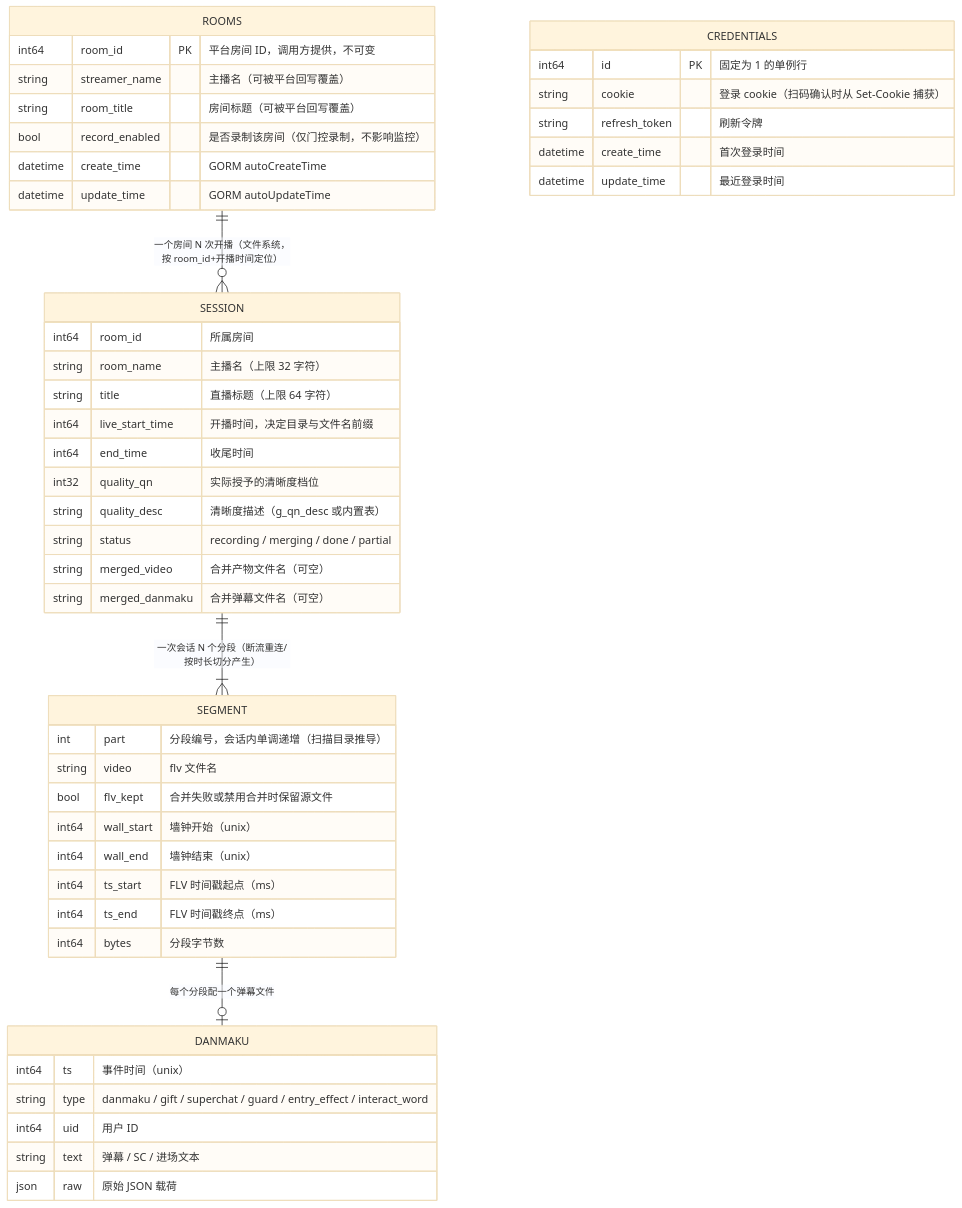
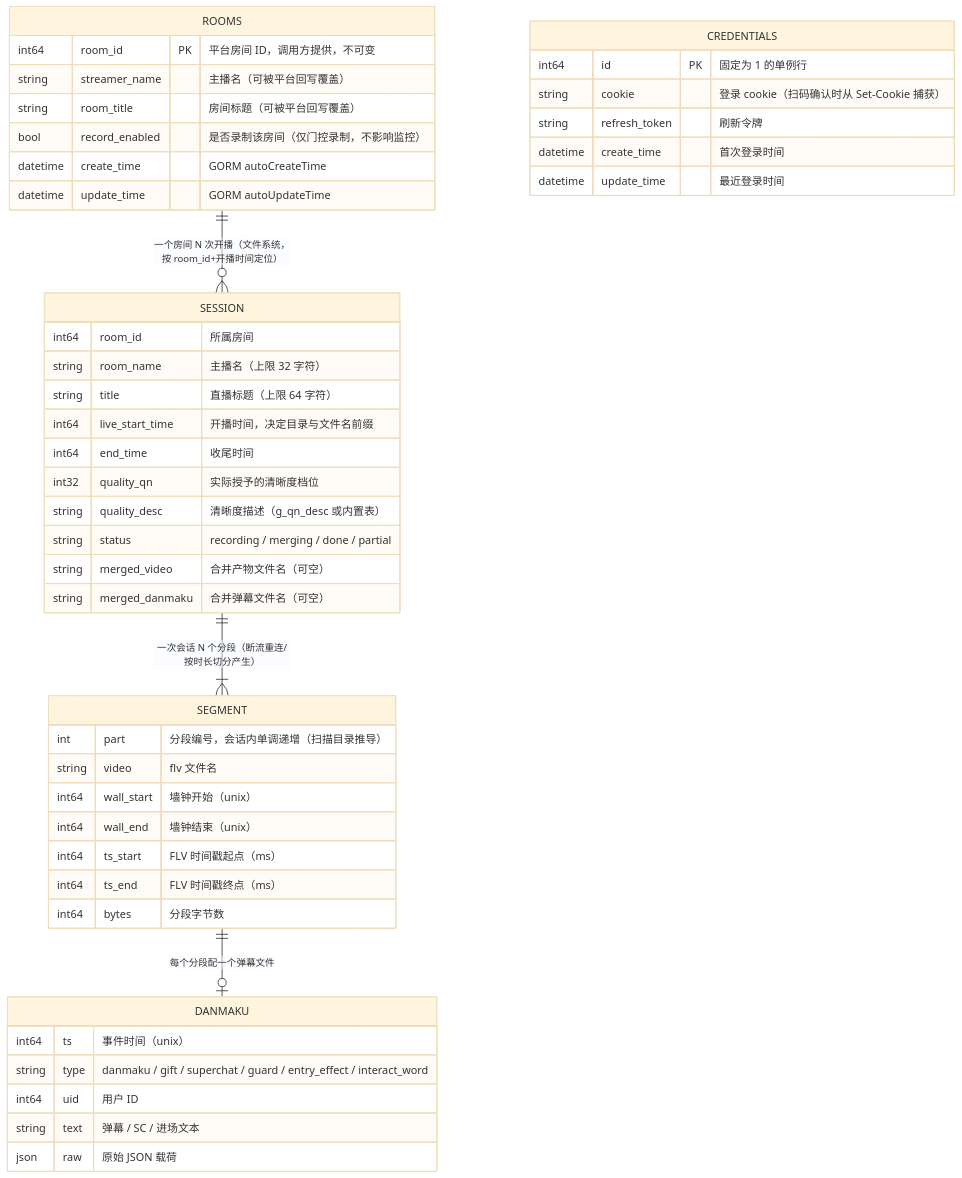
The tenth of 10 diagrams in docs/design/architecture-diagrams.md (xgbt/suika), drawn with Mermaid (base theme) before and after one commit. The commit also changed other lines of this file and 14 other files, not shown here.

````diff
--- a/docs/design/architecture-diagrams.md
+++ b/docs/design/architecture-diagrams.md
@@ -381,55 +381,54 @@
 ```mermaid
 erDiagram
     ROOMS ||--o{ SESSION : "一个房间 N 次开播（文件系统，按 room_id+开播时间定位）"
     SESSION ||--|{ SEGMENT : "一次会话 N 个分段（断流重连/按时长切分产生）"
     SEGMENT ||--o| DANMAKU : "每个分段配一个弹幕文件"
 
     ROOMS {
         int64 room_id PK "平台房间 ID，调用方提供，不可变"
         string streamer_name "主播名（可被平台回写覆盖）"
         string room_title "房间标题（可被平台回写覆盖）"
         bool record_enabled "是否录制该房间（仅门控录制，不影响监控）"
         datetime create_time "GORM autoCreateTime"
         datetime update_time "GORM autoUpdateTime"
     }
 
     CREDENTIALS {
         int64 id PK "固定为 1 的单例行"
         string cookie "登录 cookie（扫码确认时从 Set-Cookie 捕获）"
         string refresh_token "刷新令牌"
         datetime create_time "首次登录时间"
         datetime update_time "最近登录时间"
     }
 
     SESSION {
         int64 room_id "所属房间"
         string room_name "主播名（上限 32 字符）"
         string title "直播标题（上限 64 字符）"
         int64 live_start_time "开播时间，决定目录与文件名前缀"
         int64 end_time "收尾时间"
         int32 quality_qn "实际授予的清晰度档位"
         string quality_desc "清晰度描述（g_qn_desc 或内置表）"
         string status "recording / merging / done / partial"
         string merged_video "合并产物文件名（可空）"
         string merged_danmaku "合并弹幕文件名（可空）"
     }
 
     SEGMENT {
         int part "分段编号，会话内单调递增（扫描目录推导）"
         string video "flv 文件名"
-        bool flv_kept "合并失败或禁用合并时保留源文件"
         int64 wall_start "墙钟开始（unix）"
         int64 wall_end "墙钟结束（unix）"
         int64 ts_start "FLV 时间戳起点（ms）"
         int64 ts_end "FLV 时间戳终点（ms）"
         int64 bytes "分段字节数"
     }
 
     DANMAKU {
         int64 ts "事件时间（unix）"
         string type "danmaku / gift / superchat / guard / entry_effect / interact_word"
         int64 uid "用户 ID"
         string text "弹幕 / SC / 进场文本"
         json raw "原始 JSON 载荷"
     }
 ```
````
